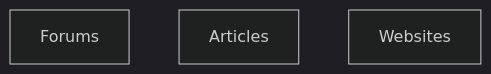
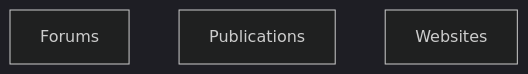
One commit to HealthECCO/community-resources changed the first of 2 diagrams in README.md. Above: the diagram before and after it, drawn with Mermaid (dark theme).

````diff
--- a/README.md
+++ b/README.md
@@ -3,6 +3,6 @@
 ```mermaid
   graph TD; 
       Forums;
-      Articles;
+      Publications;
       Websites;
 ```
````
